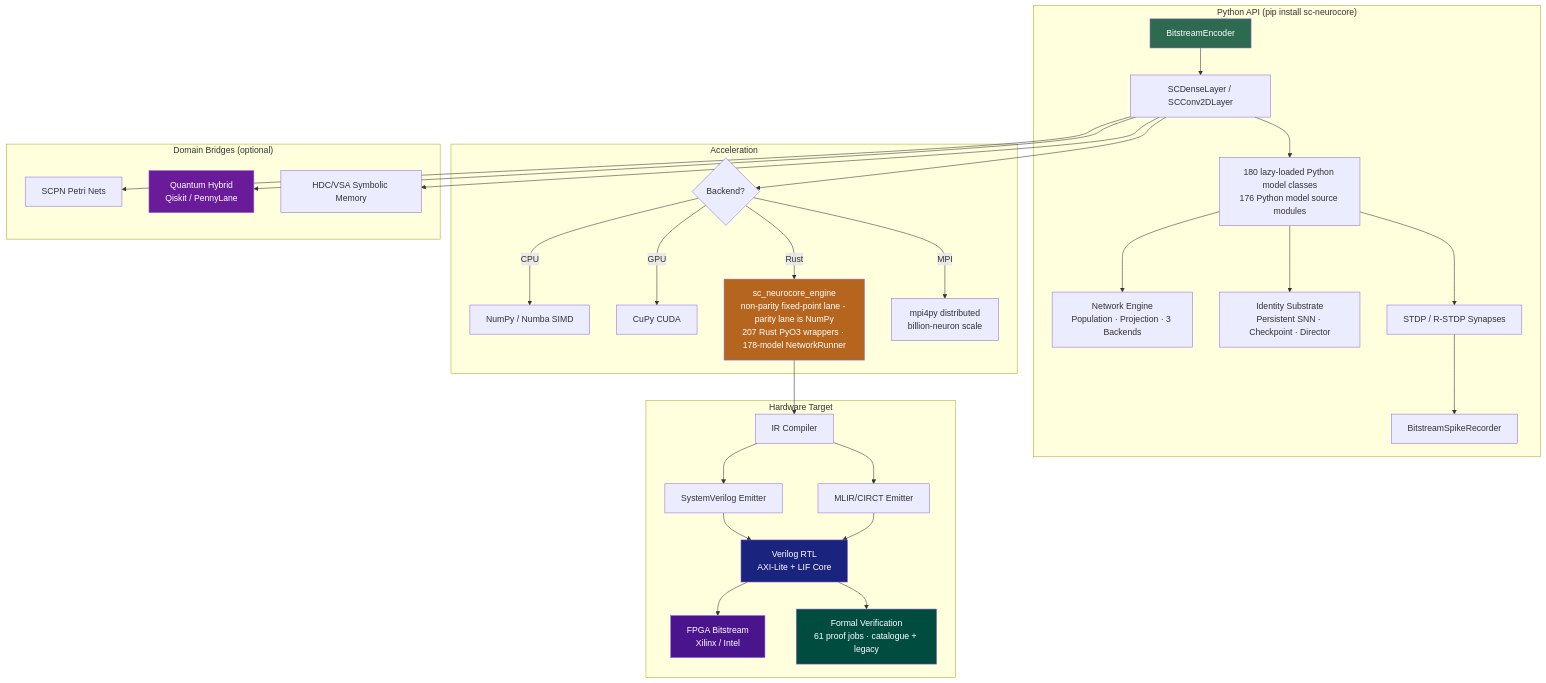
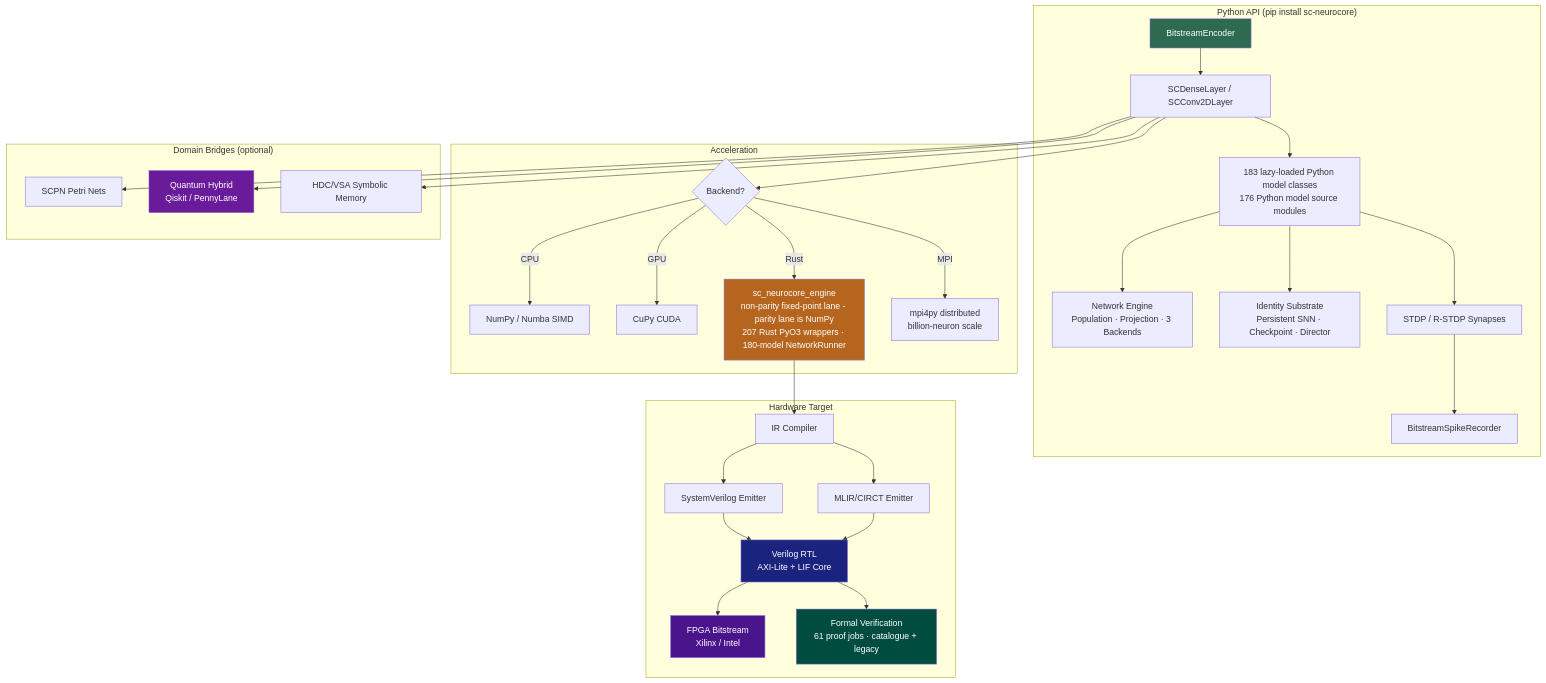
The diagram in README.md (anulum/sc-neurocore), drawn with Mermaid before and after one commit. The commit also changed other lines of this file and 83 other files, not shown here.

````diff
--- a/README.md
+++ b/README.md
@@ -386,42 +392,42 @@
 ```mermaid
 graph TD
     subgraph "Python API (pip install sc-neurocore)"
         A[BitstreamEncoder] --> B[SCDenseLayer / SCConv2DLayer]
-        B --> C[180 lazy-loaded Python model classes<br/>176 Python model source modules]
+        B --> C[183 lazy-loaded Python model classes<br/>176 Python model source modules]
         C --> NET[Network Engine<br/>Population · Projection · 3 Backends]
         C --> ID[Identity Substrate<br/>Persistent SNN · Checkpoint · Director]
         C --> D[STDP / R-STDP Synapses]
         D --> E[BitstreamSpikeRecorder]
     end
 
     subgraph "Acceleration"
         B --> F{Backend?}
         F -->|CPU| G[NumPy / Numba SIMD]
         F -->|GPU| H[CuPy CUDA]
-        F -->|Rust| I[sc_neurocore_engine<br/>non-parity fixed-point lane - parity lane is NumPy<br/>207 Rust PyO3 wrappers · 178-model NetworkRunner]
+        F -->|Rust| I[sc_neurocore_engine<br/>non-parity fixed-point lane - parity lane is NumPy<br/>207 Rust PyO3 wrappers · 180-model NetworkRunner]
         F -->|MPI| MPI[mpi4py distributed<br/>billion-neuron scale]
     end
 
     subgraph "Hardware Target"
         I --> J[IR Compiler]
         J --> K[SystemVerilog Emitter]
         J --> K2[MLIR/CIRCT Emitter]
         K --> L[Verilog RTL<br/>AXI-Lite + LIF Core]
         K2 --> L
         L --> M[FPGA Bitstream<br/>Xilinx / Intel]
         L --> V[Formal Verification<br/>61 proof jobs · catalogue + legacy]
     end
 
     subgraph "Domain Bridges (optional)"
         B --> N[SCPN Petri Nets]
         B --> O[Quantum Hybrid<br/>Qiskit / PennyLane]
         B --> P[HDC/VSA Symbolic Memory]
     end
 
     style A fill:#2d6a4f,color:#fff
     style I fill:#b5651d,color:#fff
     style L fill:#1a237e,color:#fff
     style M fill:#4a148c,color:#fff
     style O fill:#6a1b9a,color:#fff
     style V fill:#004d40,color:#fff
 ```
````
